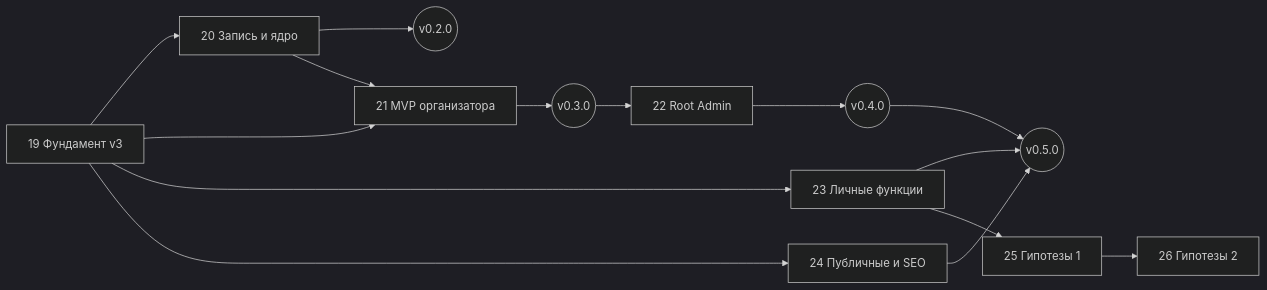
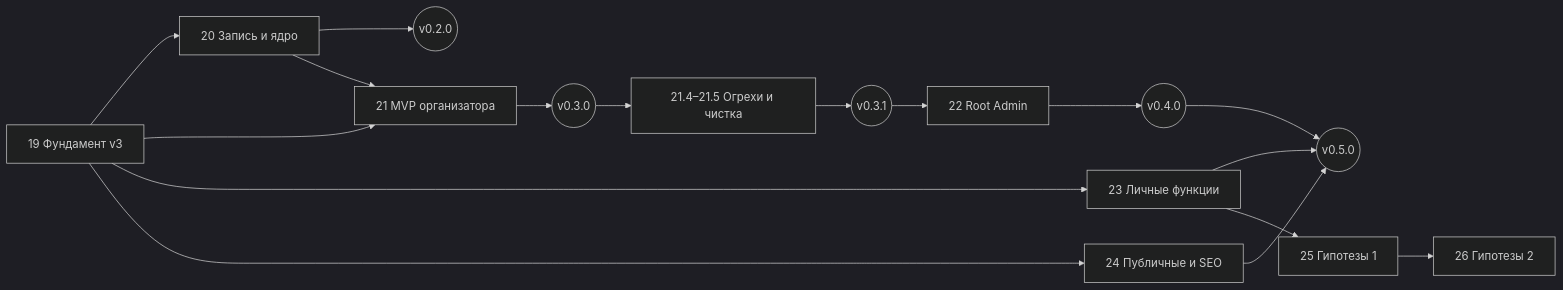
Before and after one commit to trafficolog/volleytime: the diagram in docs/ROADMAP.md, drawn with Mermaid (dark theme). The commit also changed other lines of this file and 13 other files, not shown here.

````diff
--- a/docs/ROADMAP.md
+++ b/docs/ROADMAP.md
@@ -59,17 +66,19 @@
 ```mermaid
 graph LR
   P19[19 Фундамент v3] --> P20[20 Запись и ядро]
   P20 --> R020((v0.2.0))
   P19 --> P21[21 MVP организатора]
   P20 --> P21
   P21 --> R030((v0.3.0))
-  R030 --> P22[22 Root Admin]
+  R030 --> P214[21.4–21.5 Огрехи и чистка]
+  P214 --> R031((v0.3.1))
+  R031 --> P22[22 Root Admin]
   P22 --> R040((v0.4.0))
   P19 --> P23[23 Личные функции]
   P19 --> P24[24 Публичные и SEO]
   R040 --> R050((v0.5.0))
   P23 --> R050
   P24 --> R050
   P23 --> P25[25 Гипотезы 1]
   P25 --> P26[26 Гипотезы 2]
 ```
````
